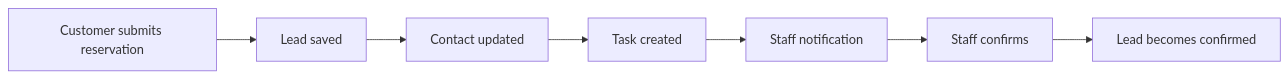
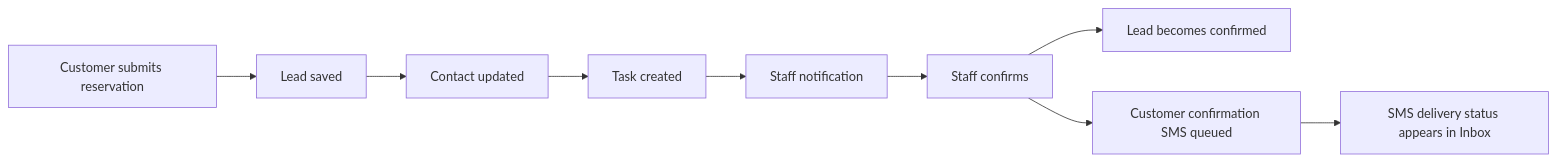
Before and after one commit to Abdi-github/marketing: the diagram in crm-documentaion/11-manual-crm-scenario-playbook.md, drawn with Mermaid. The commit also changed other lines of this file and 2 other files, not shown here.

````diff
--- a/crm-documentaion/11-manual-crm-scenario-playbook.md
+++ b/crm-documentaion/11-manual-crm-scenario-playbook.md
@@ -249,9 +260,11 @@
 ```mermaid
 flowchart LR
   A[Customer submits reservation] --> B[Lead saved]
   B --> C[Contact updated]
   C --> D[Task created]
   D --> E[Staff notification]
   E --> F[Staff confirms]
   F --> G[Lead becomes confirmed]
+  F --> H[Customer confirmation SMS queued]
+  H --> I[SMS delivery status appears in Inbox]
 ```
````
